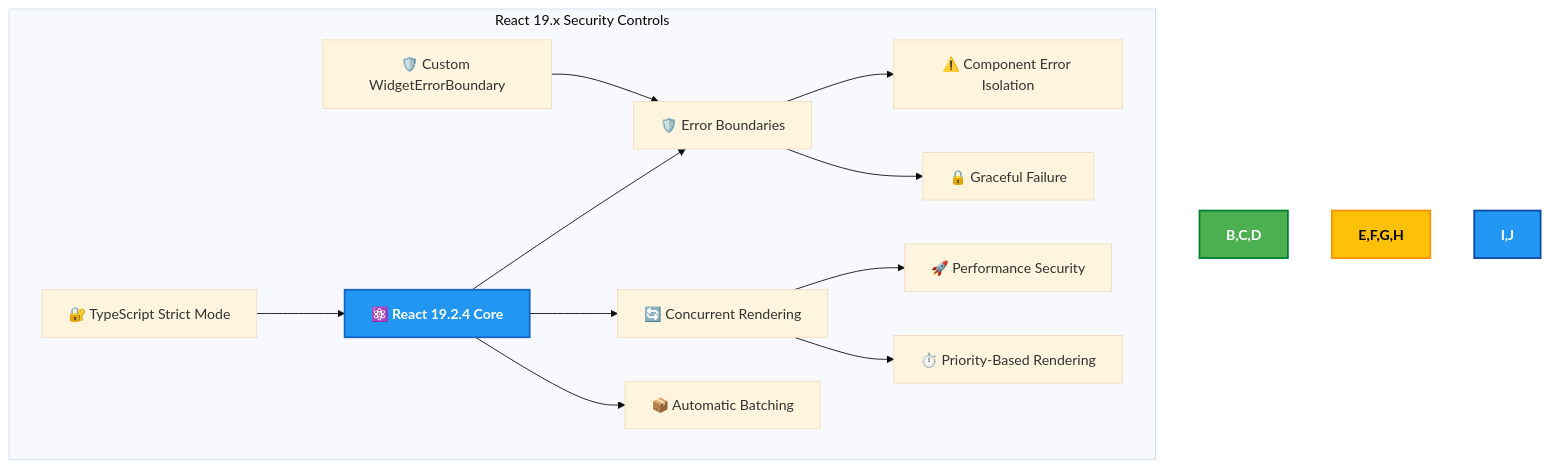
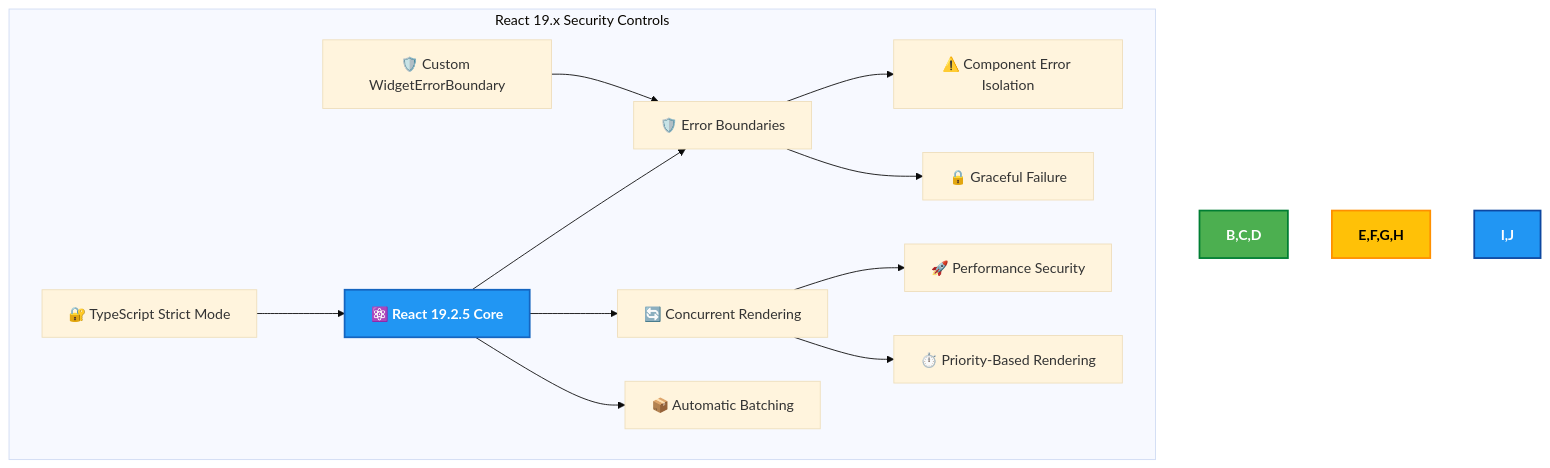
One commit to step-security-bot/cia-compliance-manager changed diagram 18 of 32 in docs/architecture/SECURITY_ARCHITECTURE.md. Above: the diagram before and after it, drawn with Mermaid (base theme). The commit also changed other lines of this file and 12 other files, not shown here.

````diff
--- a/docs/architecture/SECURITY_ARCHITECTURE.md
+++ b/docs/architecture/SECURITY_ARCHITECTURE.md
@@ -1281,22 +1281,22 @@
 ```mermaid
 flowchart TD
     subgraph "React 19.x Security Controls"
-        A[⚛️ React 19.2.4 Core] --> B[🛡️ Error Boundaries]
+        A[⚛️ React 19.2.5 Core] --> B[🛡️ Error Boundaries]
         A --> C[🔄 Concurrent Rendering]
         A --> D[📦 Automatic Batching]
         
         B --> E[⚠️ Component Error Isolation]
         B --> F[🔒 Graceful Failure]
         
         C --> G[🚀 Performance Security]
         C --> H[⏱️ Priority-Based Rendering]
         
         I[🔐 TypeScript Strict Mode] --> A
         J[🛡️ Custom WidgetErrorBoundary] --> B
     end
 
     style A fill:#2196F3,stroke:#1565C0,stroke-width:2px,color:#ffffff,font-weight:bold
     style B,C,D fill:#4CAF50,stroke:#007E33,stroke-width:2px,color:white,font-weight:bold
     style E,F,G,H fill:#FFC107,stroke:#FF8F00,stroke-width:2px,color:black,font-weight:bold
     style I,J fill:#2196F3,stroke:#0D47A1,stroke-width:2px,color:white,font-weight:bold
 ```
````
